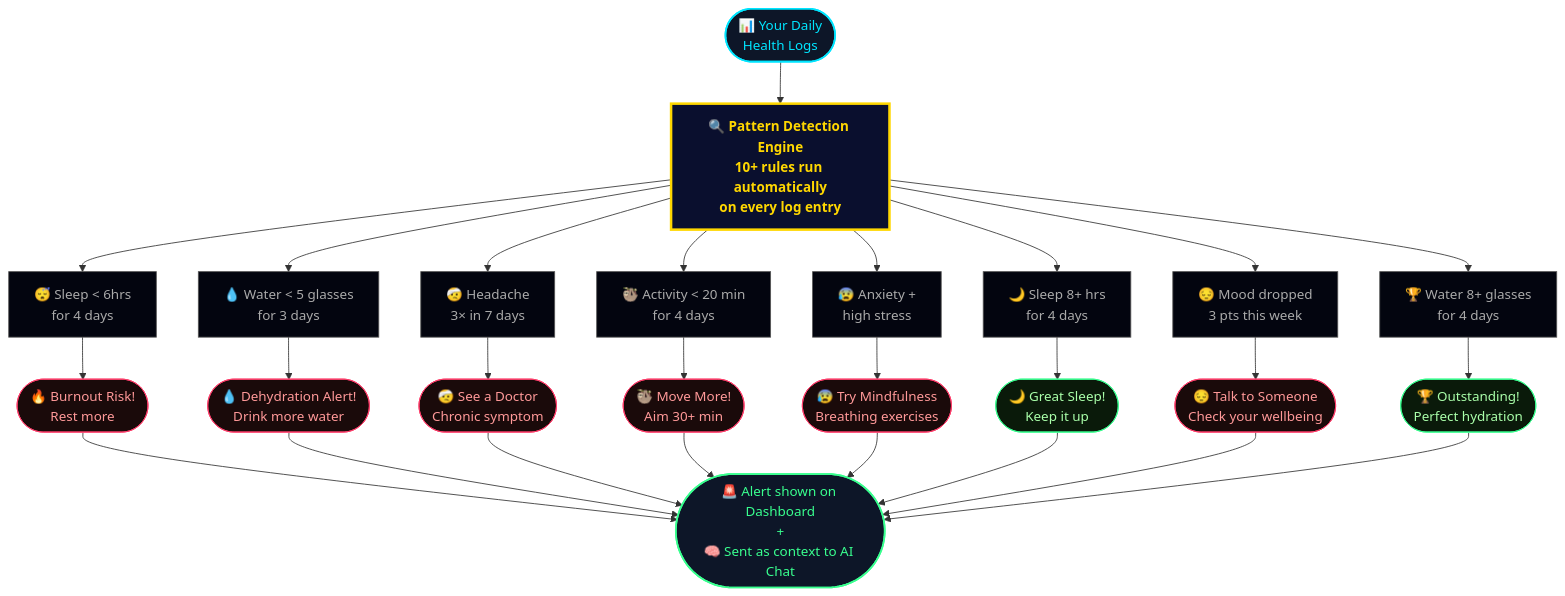
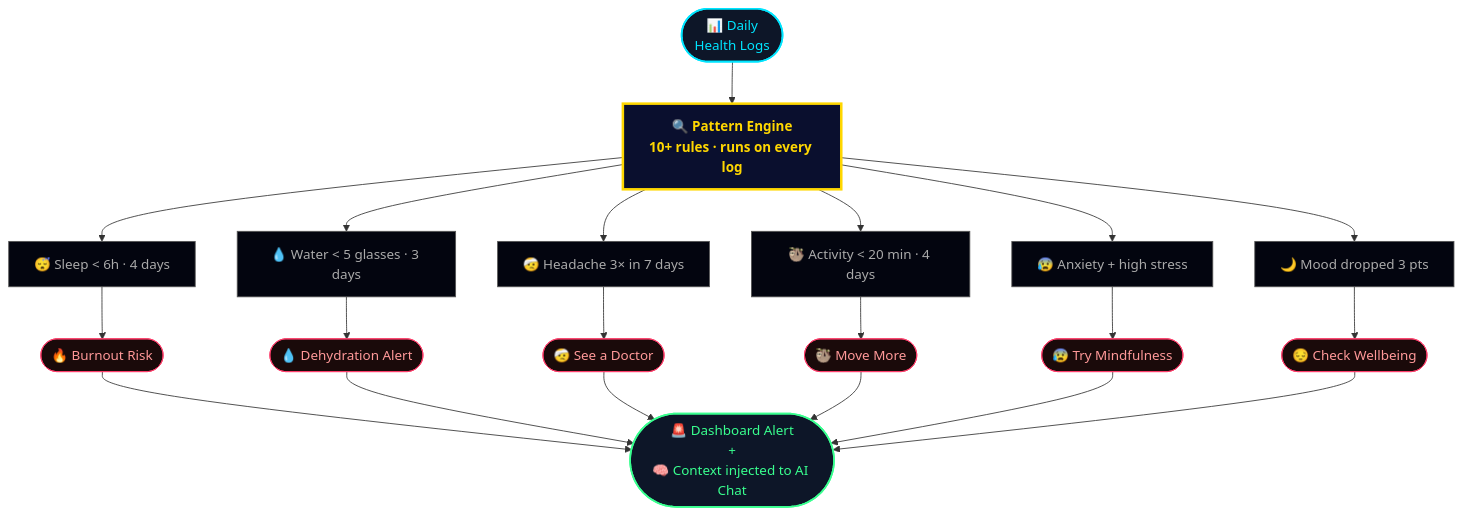
The fifth of 12 diagrams in README.md (Jags-08/ai-ml-journey), drawn with Mermaid before and after one commit. The commit also changed other lines of this file, not shown here.

````diff
--- a/README.md
+++ b/README.md
@@ -328,46 +242,36 @@
 ```mermaid
 flowchart TD
-    LOGS(["📊 Your Daily\nHealth Logs"]) --> ENGINE
+    LOGS(["📊 Daily\nHealth Logs"]) --> ENGINE["🔍 Pattern Engine\n10+ rules · runs on every log"]
 
-    ENGINE["🔍 Pattern Detection Engine\n10+ rules run automatically\non every log entry"]
+    ENGINE --> R1["😴 Sleep < 6h · 4 days"]
+    ENGINE --> R2["💧 Water < 5 glasses · 3 days"]
+    ENGINE --> R3["🤕 Headache 3× in 7 days"]
+    ENGINE --> R4["🦥 Activity < 20 min · 4 days"]
+    ENGINE --> R5["😰 Anxiety + high stress"]
+    ENGINE --> R6["🌙 Mood dropped 3 pts"]
 
-    ENGINE --> R1["😴 Sleep < 6hrs\nfor 4 days"]
-    ENGINE --> R2["💧 Water < 5 glasses\nfor 3 days"]
-    ENGINE --> R3["🤕 Headache\n3× in 7 days"]
-    ENGINE --> R4["🦥 Activity < 20 min\nfor 4 days"]
-    ENGINE --> R5["😰 Anxiety +\nhigh stress"]
-    ENGINE --> R6["🌙 Sleep 8+ hrs\nfor 4 days"]
-    ENGINE --> R7["😔 Mood dropped\n3 pts this week"]
-    ENGINE --> R8["🏆 Water 8+ glasses\nfor 4 days"]
+    R1 --> A1(["🔥 Burnout Risk"])
+    R2 --> A2(["💧 Dehydration Alert"])
+    R3 --> A3(["🤕 See a Doctor"])
+    R4 --> A4(["🦥 Move More"])
+    R5 --> A5(["😰 Try Mindfulness"])
+    R6 --> A6(["😔 Check Wellbeing"])
 
-    R1 --> A1(["🔥 Burnout Risk!\nRest more"])
-    R2 --> A2(["💧 Dehydration Alert!\nDrink more water"])
-    R3 --> A3(["🤕 See a Doctor\nChronic symptom"])
-    R4 --> A4(["🦥 Move More!\nAim 30+ min"])
-    R5 --> A5(["😰 Try Mindfulness\nBreathing exercises"])
-    R6 --> A6(["🌙 Great Sleep!\nKeep it up"])
-    R7 --> A7(["😔 Talk to Someone\nCheck your wellbeing"])
-    R8 --> A8(["🏆 Outstanding!\nPerfect hydration"])
-
-    A1 & A2 & A3 & A4 & A5 & A6 & A7 & A8 --> OUT(["🚨 Alert shown on Dashboard\n+\n🧠 Sent as context to AI Chat"])
+    A1 & A2 & A3 & A4 & A5 & A6 --> OUT(["🚨 Dashboard Alert\n+\n🧠 Context injected to AI Chat"])
 
     style LOGS fill:#0d1628,stroke:#00E5FF,stroke-width:2px,color:#00E5FF
     style ENGINE fill:#0a0f2e,stroke:#FFD700,stroke-width:3px,color:#FFD700,font-weight:bold
     style OUT fill:#0d1628,stroke:#39ff8f,stroke-width:2px,color:#39ff8f
     style R1 fill:#03050f,stroke:#555,color:#aaa
     style R2 fill:#03050f,stroke:#555,color:#aaa
     style R3 fill:#03050f,stroke:#555,color:#aaa
     style R4 fill:#03050f,stroke:#555,color:#aaa
     style R5 fill:#03050f,stroke:#555,color:#aaa
     style R6 fill:#03050f,stroke:#555,color:#aaa
-    style R7 fill:#03050f,stroke:#555,color:#aaa
-    style R8 fill:#03050f,stroke:#555,color:#aaa
     style A1 fill:#1a0a0a,stroke:#ff3d6b,color:#ff9999
     style A2 fill:#1a0a0a,stroke:#ff3d6b,color:#ff9999
     style A3 fill:#1a0a0a,stroke:#ff3d6b,color:#ff9999
     style A4 fill:#1a0a0a,stroke:#ff3d6b,color:#ff9999
     style A5 fill:#1a0a0a,stroke:#ff3d6b,color:#ff9999
-    style A6 fill:#0a1a0a,stroke:#39ff8f,color:#aaffaa
-    style A7 fill:#1a0a0a,stroke:#ff3d6b,color:#ff9999
-    style A8 fill:#0a1a0a,stroke:#39ff8f,color:#aaffaa
+    style A6 fill:#1a0a0a,stroke:#ff3d6b,color:#ff9999
 ```
````
